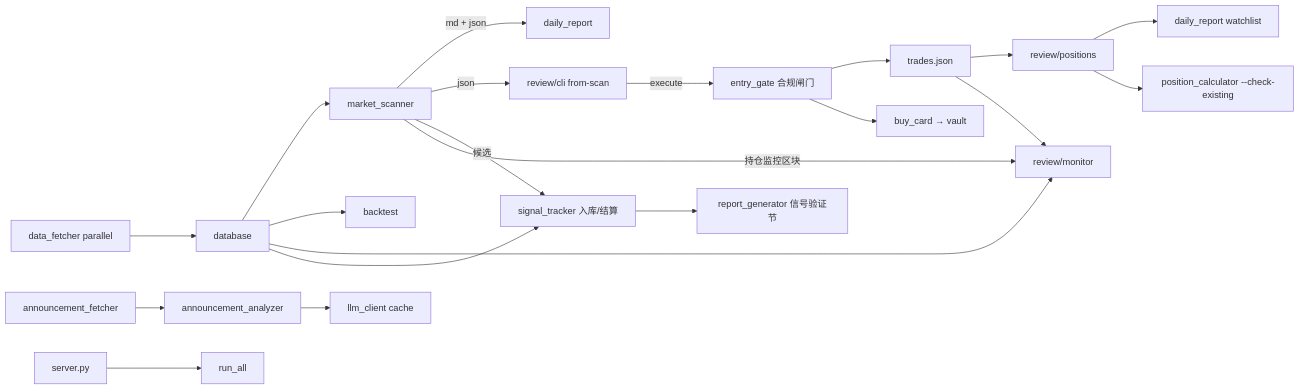
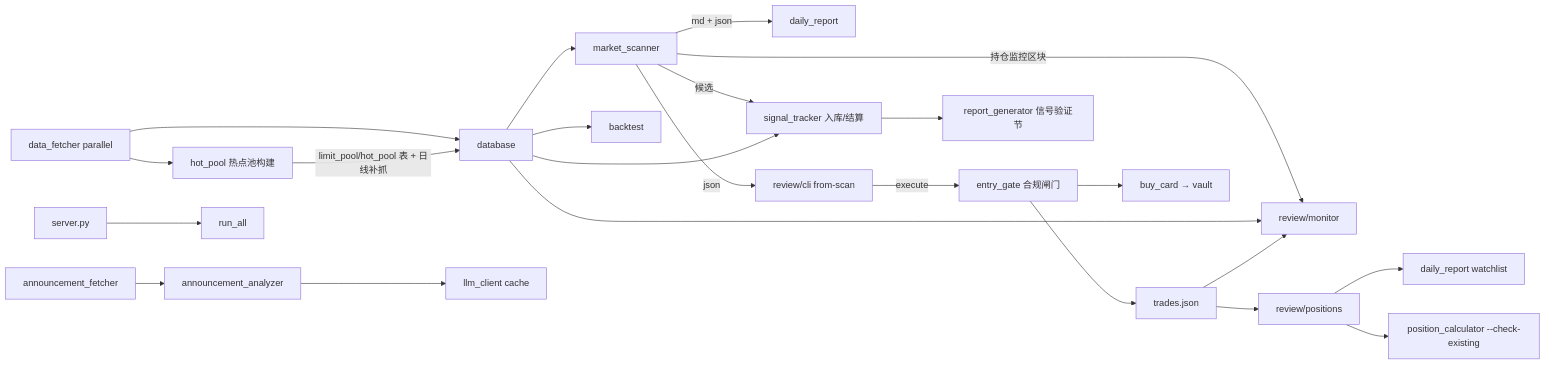
Before and after one commit to fukangjian/BIllion: the sixth of 6 diagrams in Invest/ARCHITECTURE.md, drawn with Mermaid. The commit also changed other lines of this file and 5 other files, not shown here.

````diff
--- a/Invest/ARCHITECTURE.md
+++ b/Invest/ARCHITECTURE.md
@@ -920,22 +986,24 @@
 ```mermaid
 flowchart LR
     A[market_scanner] -->|md + json| B[daily_report]
     A -->|json| C[review/cli from-scan]
     A -->|候选| ST[signal_tracker 入库/结算]
     A -->|持仓监控区块| MON[review/monitor]
     D[data_fetcher parallel] --> E[database]
+    D --> HP[hot_pool 热点池构建]
+    HP -->|limit_pool/hot_pool 表 + 日线补抓| E
     E --> A
     E --> F[backtest]
     E --> MON
     E --> ST
     G[trades.json] --> H[review/positions]
     G --> MON
     H --> I[daily_report watchlist]
     H --> J[position_calculator --check-existing]
     C -->|execute| EG[entry_gate 合规闸门] --> G
     EG --> BC[buy_card → vault]
     ST --> RG[report_generator 信号验证节]
     K[announcement_fetcher] --> L[announcement_analyzer]
     L --> M[llm_client cache]
     N[server.py] --> O[run_all]
 ```
````
